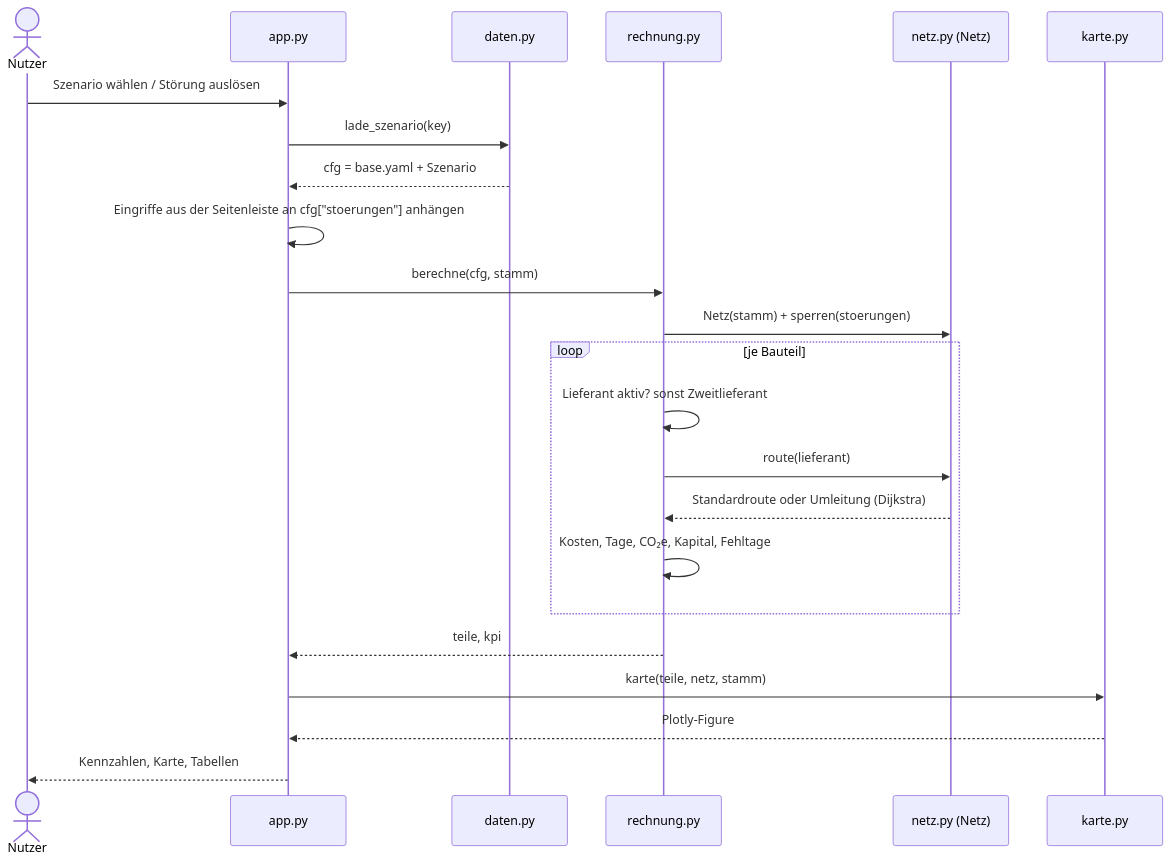
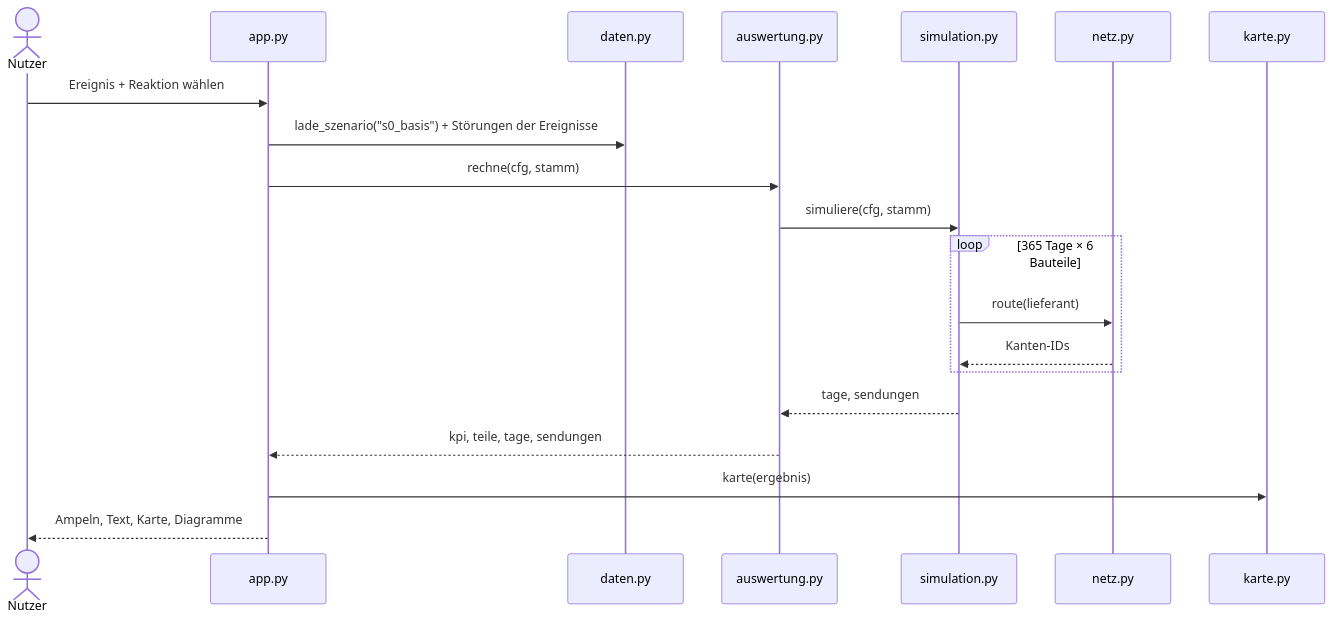
The third of 5 diagrams in docs/ARCHITEKTUR.md (AimeeElaineGrundei/SCM_software), drawn with Mermaid before and after one commit. The commit also changed other lines of this file and 27 other files, not shown here.

````diff
--- a/docs/ARCHITEKTUR.md
+++ b/docs/ARCHITEKTUR.md
@@ -41,26 +60,22 @@
 ```mermaid
 sequenceDiagram
     actor N as Nutzer
     participant A as app.py
     participant D as daten.py
-    participant R as rechnung.py
-    participant Z as netz.py (Netz)
+    participant W as auswertung.py
+    participant S as simulation.py
+    participant Z as netz.py
     participant K as karte.py
-
-    N->>A: Szenario wählen / Störung auslösen
-    A->>D: lade_szenario(key)
-    D-->>A: cfg = base.yaml + Szenario
-    A->>A: Eingriffe aus der Seitenleiste an cfg["stoerungen"] anhängen
-    A->>R: berechne(cfg, stamm)
-    R->>Z: Netz(stamm) + sperren(stoerungen)
-    loop je Bauteil
-        R->>R: Lieferant aktiv? sonst Zweitlieferant
-        R->>Z: route(lieferant)
-        Z-->>R: Standardroute oder Umleitung (Dijkstra)
-        R->>R: Kosten, Tage, CO₂e, Kapital, Fehltage
+    N->>A: Ereignis + Reaktion wählen
+    A->>D: lade_szenario("s0_basis") + Störungen der Ereignisse
+    A->>W: rechne(cfg, stamm)
+    W->>S: simuliere(cfg, stamm)
+    loop 365 Tage × 6 Bauteile
+        S->>Z: route(lieferant)
+        Z-->>S: Kanten-IDs
     end
-    R-->>A: teile, kpi
-    A->>K: karte(teile, netz, stamm)
-    K-->>A: Plotly-Figure
-    A-->>N: Kennzahlen, Karte, Tabellen
+    S-->>W: tage, sendungen
+    W-->>A: kpi, teile, tage, sendungen
+    A->>K: karte(ergebnis)
+    A-->>N: Ampeln, Text, Karte, Diagramme
 ```
````
